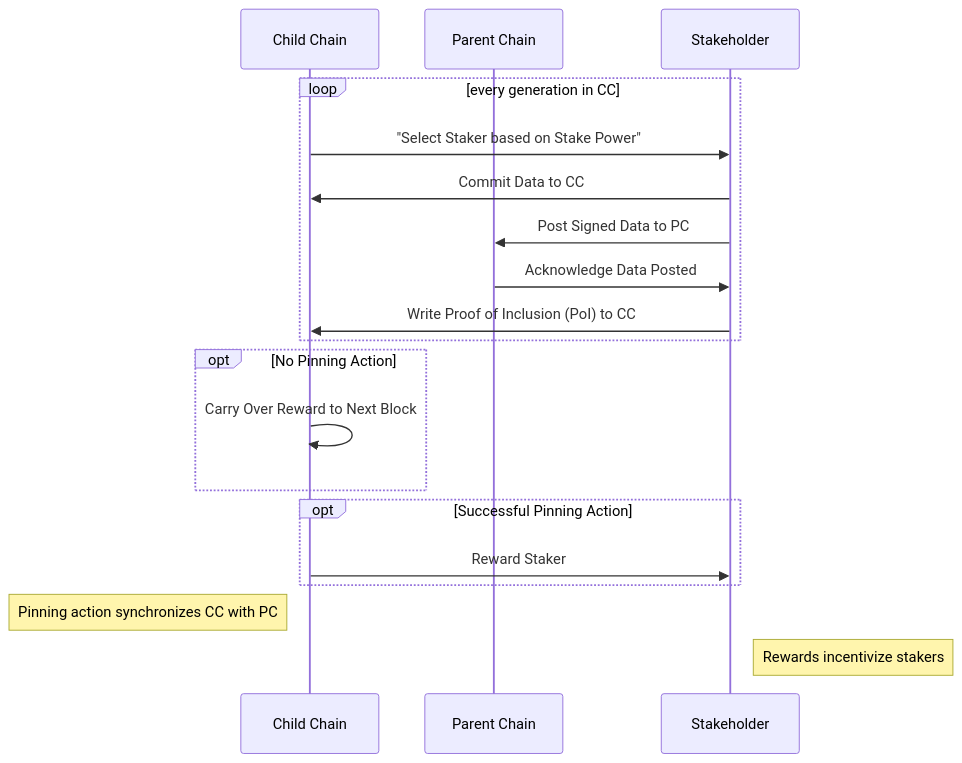
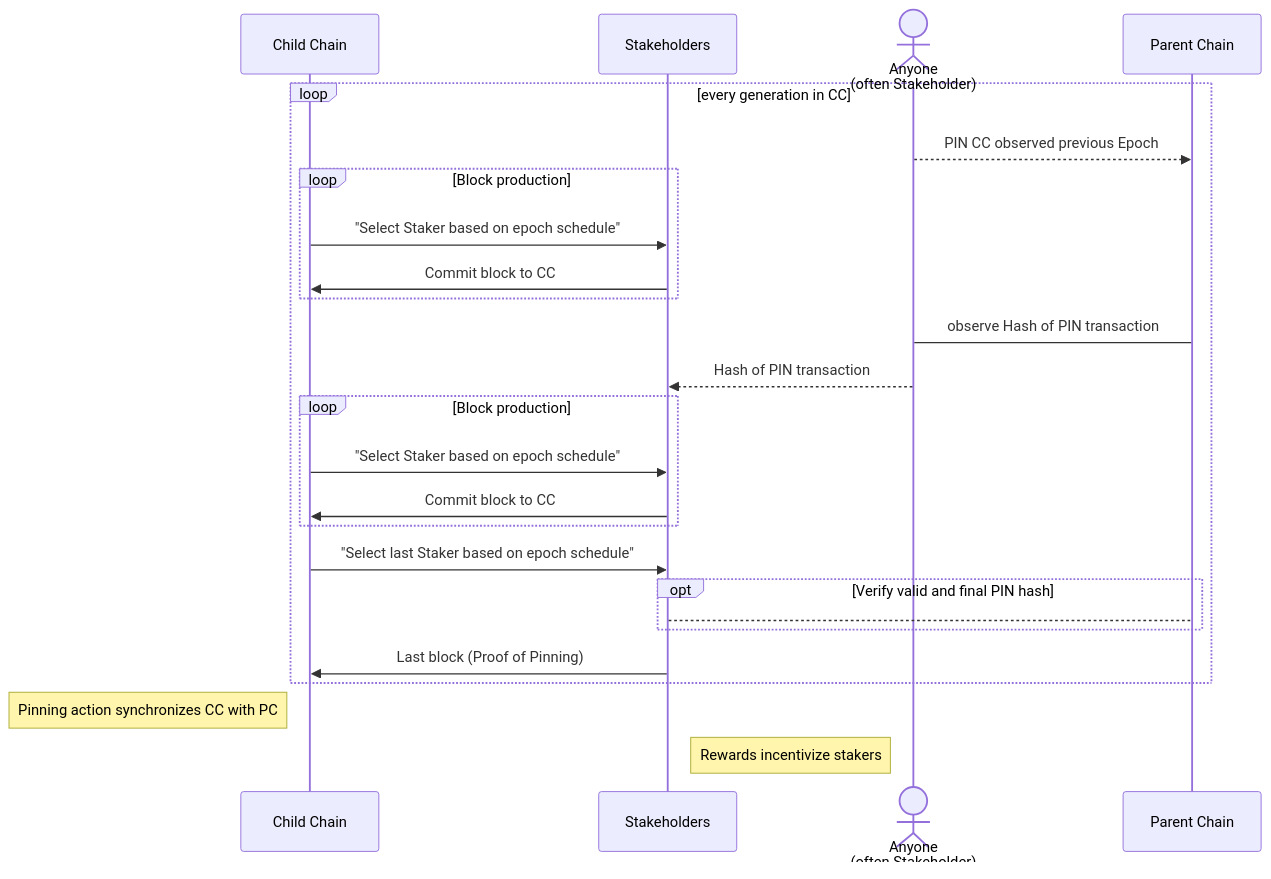
Before and after one commit to aeternity/hyperchains-whitepaper: the second of 9 diagrams in Periodically-Syncing-HyperChains.md, drawn with Mermaid. The commit also changed other lines of this file, not shown here.

Commit message:
Update sequence diagram pinning

````diff
--- a/Periodically-Syncing-HyperChains.md
+++ b/Periodically-Syncing-HyperChains.md
@@ -282,26 +282,30 @@
 ```mermaid
 sequenceDiagram
-  participant CC as Child Chain
-  participant PC as Parent Chain
-  participant S as Stakeholder
+    participant CC as Child Chain
+    participant S as Stakeholders
+    actor User as Anyone<br>(often Stakeholder)
+    participant PC as Parent Chain
 
-  loop every generation in CC
+    loop every generation in CC
 
-    CC->>S: "Select Staker based on Stake Power"
-    S->>CC: Commit Data to CC
-    S->>PC: Post Signed Data to PC
-    PC->>S: Acknowledge Data Posted
-    S->>CC: Write Proof of Inclusion (PoI) to CC
-  end
+      User -->> PC: PIN CC observed previous Epoch
+      loop Block production
+        CC->>S: "Select Staker based on epoch schedule"
+        S->>CC: Commit block to CC
+      end
+      User -> PC: observe Hash of PIN transaction
+      User -->> S: Hash of PIN transaction
+      loop Block production
+        CC->>S: "Select Staker based on epoch schedule"
+        S->>CC: Commit block to CC
+      end
+      CC->>S: "Select last Staker based on epoch schedule"
+      opt Verify valid and final PIN hash
+         S-->PC:
+      end
+      S->>CC: Last block (Proof of Pinning)
+    end
 
-  opt No Pinning Action
-    CC->>CC: Carry Over Reward to Next Block
-  end
-
-   opt Successful Pinning Action
-     CC->>S: Reward Staker
-   end
-  Note left of CC: Pinning action synchronizes CC with PC
-  Note right of S: Rewards incentivize stakers
-
+   Note left of CC: Pinning action synchronizes CC with PC
+   Note right of S: Rewards incentivize stakers
 ```
````
